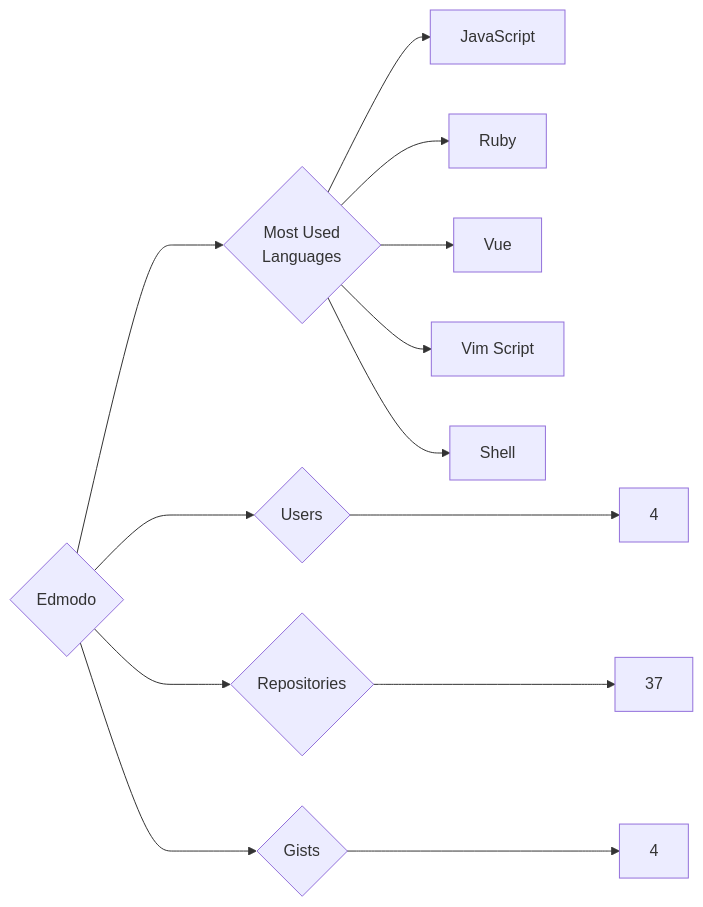
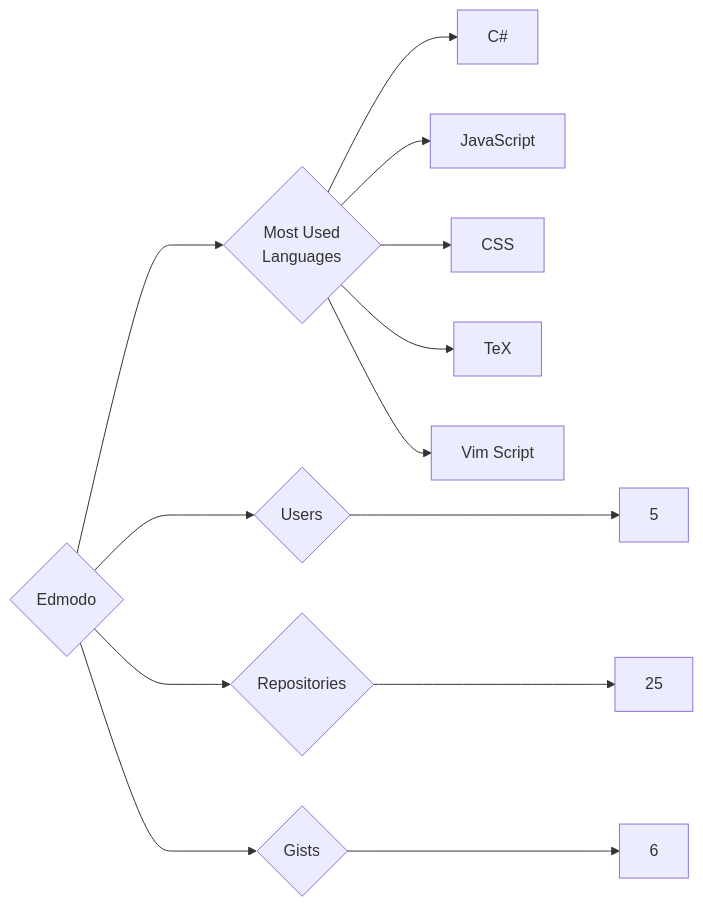
The diagram in targets/Edmodo/README.md (trickest/insiders), drawn with Mermaid before and after one commit. The commit also changed 857 other files, not shown here.

````diff
--- a/targets/Edmodo/README.md
+++ b/targets/Edmodo/README.md
@@ -3,13 +3,13 @@
 ```mermaid
 graph LR
 COMPANY_NAME{Edmodo}
-COMPANY_NAME ---> U{Users} ---> UN[4]
-COMPANY_NAME ---> R{Repositories} ---> RN[37]
-COMPANY_NAME ---> G{Gists} ---> GN[4]
+COMPANY_NAME ---> U{Users} ---> UN[5]
+COMPANY_NAME ---> R{Repositories} ---> RN[25]
+COMPANY_NAME ---> G{Gists} ---> GN[6]
 COMPANY_NAME ---> ML{Most Used<br>Languages}
+ML --> C#[C#]
 ML --> JavaScript[JavaScript]
-ML --> Ruby[Ruby]
-ML --> Vue[Vue]
+ML --> CSS[CSS]
+ML --> TeX[TeX]
 ML --> Vim_Script[Vim Script]
-ML --> Shell[Shell]
 ```
````
